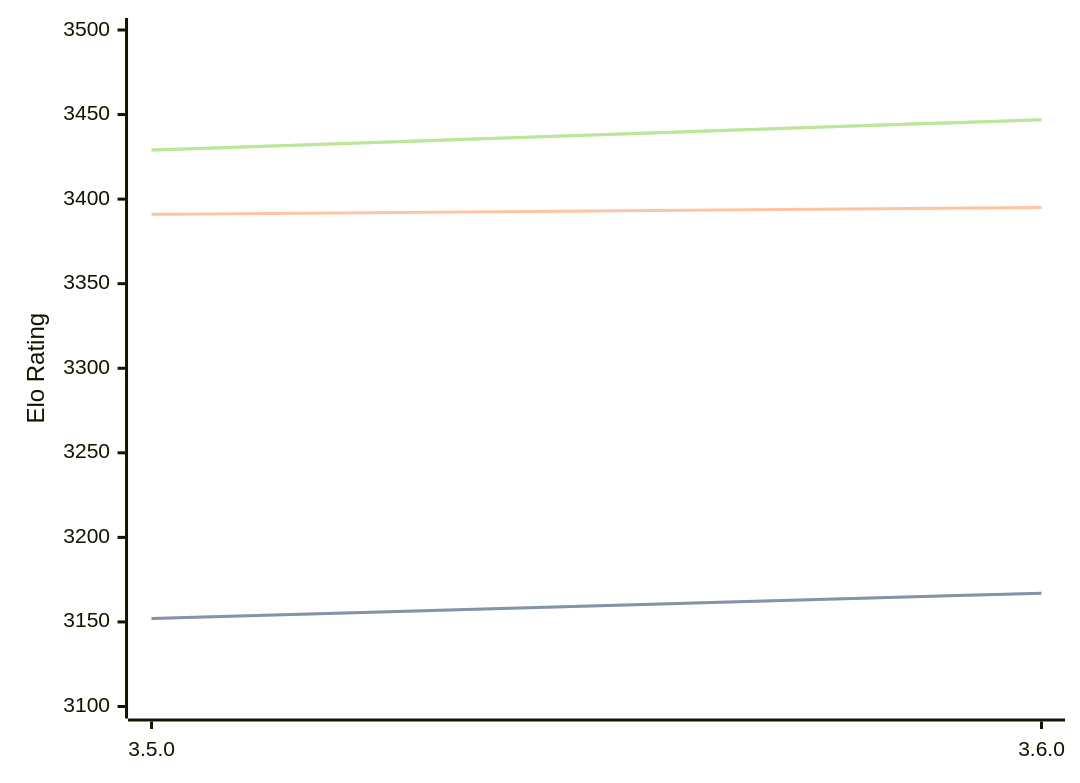
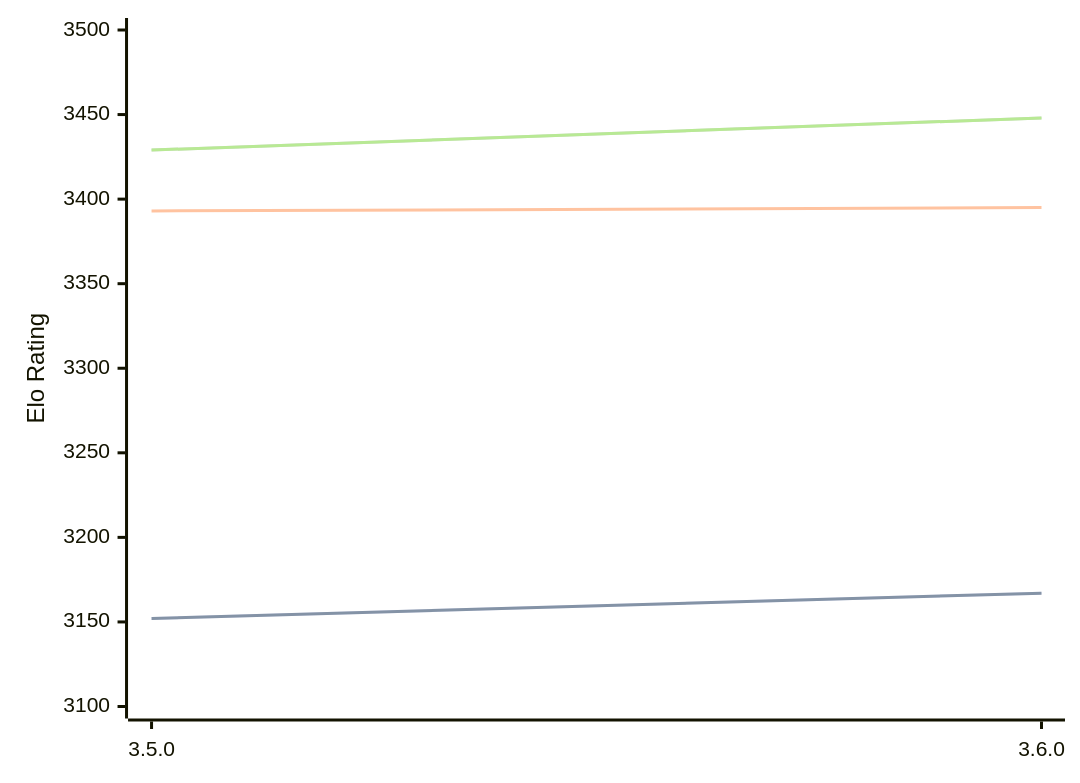
One commit to computer-chess-index/cci changed the diagram in engines/Igel.md. Above: the diagram before and after it, drawn with Mermaid. The commit also changed other lines of this file, not shown here.

Commit message:
Update CCI Ratings (ELO VLTC) - 2026-08-05

````diff
--- a/engines/Igel.md
+++ b/engines/Igel.md
@@ -68,11 +68,11 @@
 ```mermaid
 %%{init: {"theme":"base","themeVariables":{"seriesColors:['#a3a3a3','#222221','#faa371']}}}%%
 xychart-beta
   x-axis ["3.5.0", "3.6.0"]
   y-axis "Elo Rating" 3100 --> 3500
   line "STC (8.0+0.08s)" [3152, 3167]
   line "STC (8.0+0.08s)" [3152, 3167]
-  line "LTC (60.0+0.60s)" [3391, 3395]
-  line "VLTC (2m24s+1.12s)" [3429, 3447]
-  line "VLTC (2m24s+1.12s)" [3429, 3447]
+  line "LTC (60.0+0.60s)" [3393, 3395]
+  line "VLTC (2m24s+1.12s)" [3429, 3448]
+  line "VLTC (2m24s+1.12s)" [3429, 3448]
 ```
````
